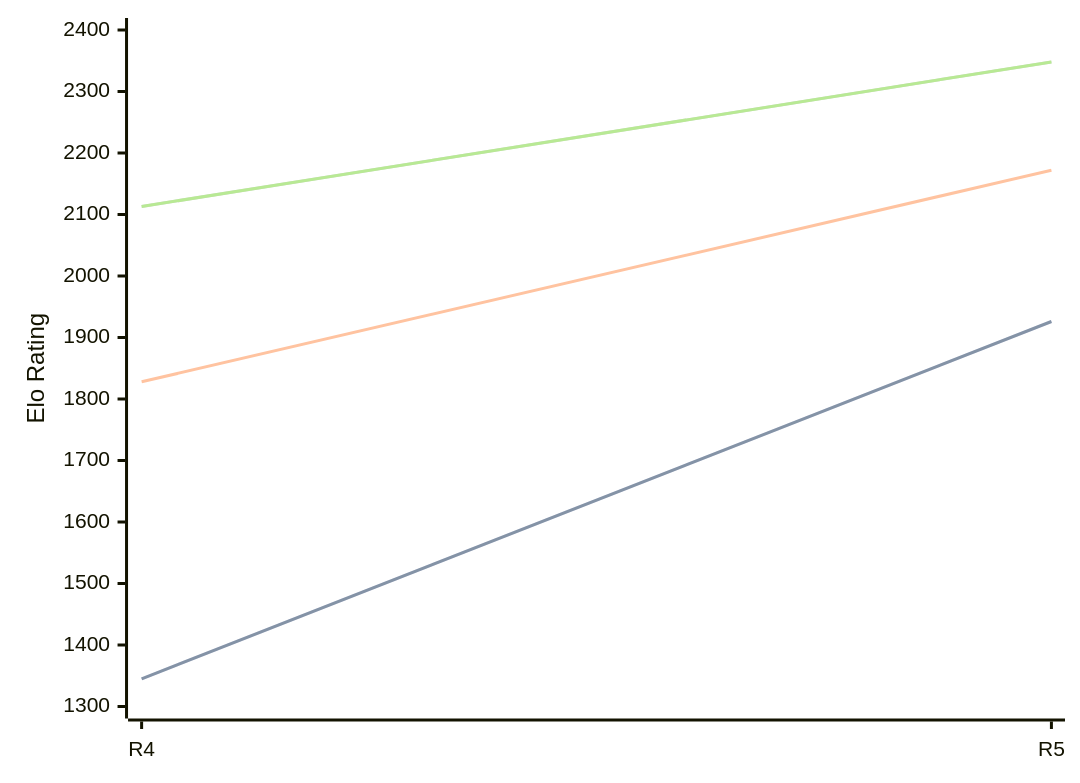
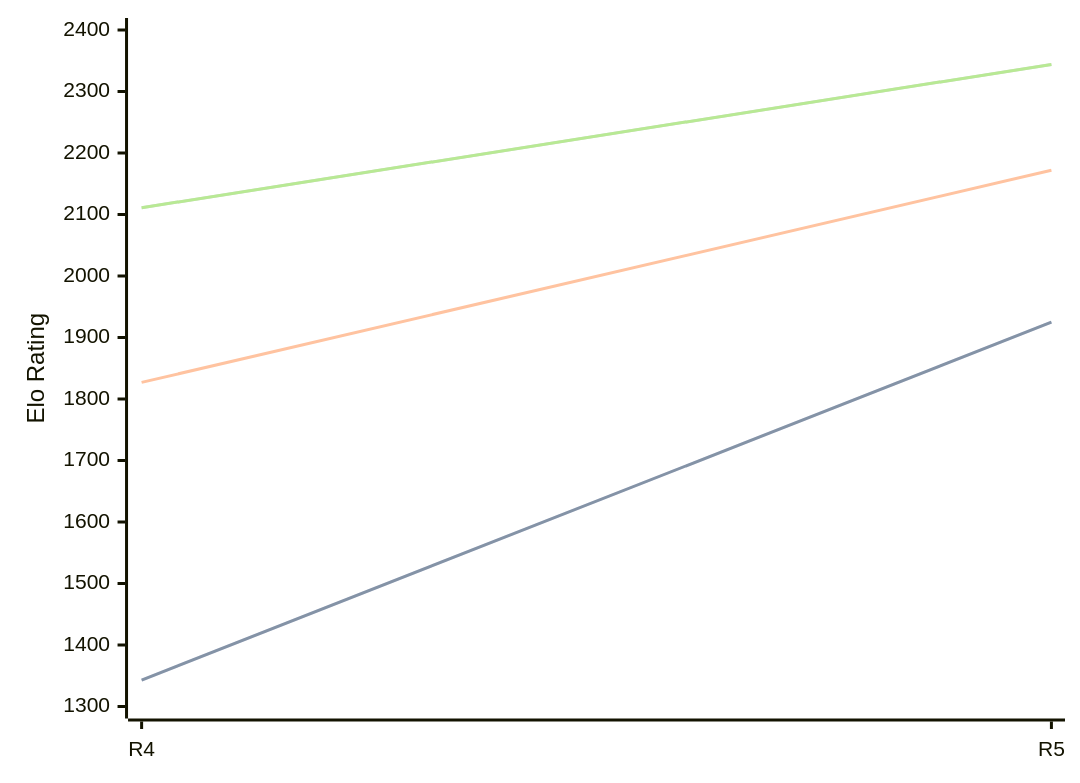
The diagram in engines/Viking.md (computer-chess-index/cci), drawn with Mermaid before and after one commit. The commit also changed other lines of this file, not shown here.

Commit message:
Update CCI Ratings (ELO VLTC) - 2026-06-07

````diff
--- a/engines/Viking.md
+++ b/engines/Viking.md
@@ -35,11 +35,11 @@
 ```mermaid
 %%{init: {"theme":"base","themeVariables":{"seriesColors:['#a3a3a3','#222221','#faa371']}}}%%
 xychart-beta
   x-axis ["R4", "R5"]
   y-axis "Elo Rating" 1300 --> 2400
-  line "STC (8.0+0.08s)" [1345, 1926]
-  line "STC (8.0+0.08s)" [1345, 1926]
-  line "LTC (60.0+0.60s)" [1828, 2172]
-  line "VLTC (2m24s+1.12s)" [2113, 2348]
-  line "VLTC (2m24s+1.12s)" [2113, 2348]
+  line "STC (8.0+0.08s)" [1343, 1925]
+  line "STC (8.0+0.08s)" [1343, 1925]
+  line "LTC (60.0+0.60s)" [1827, 2172]
+  line "VLTC (2m24s+1.12s)" [2111, 2344]
+  line "VLTC (2m24s+1.12s)" [2111, 2344]
 ```
````
